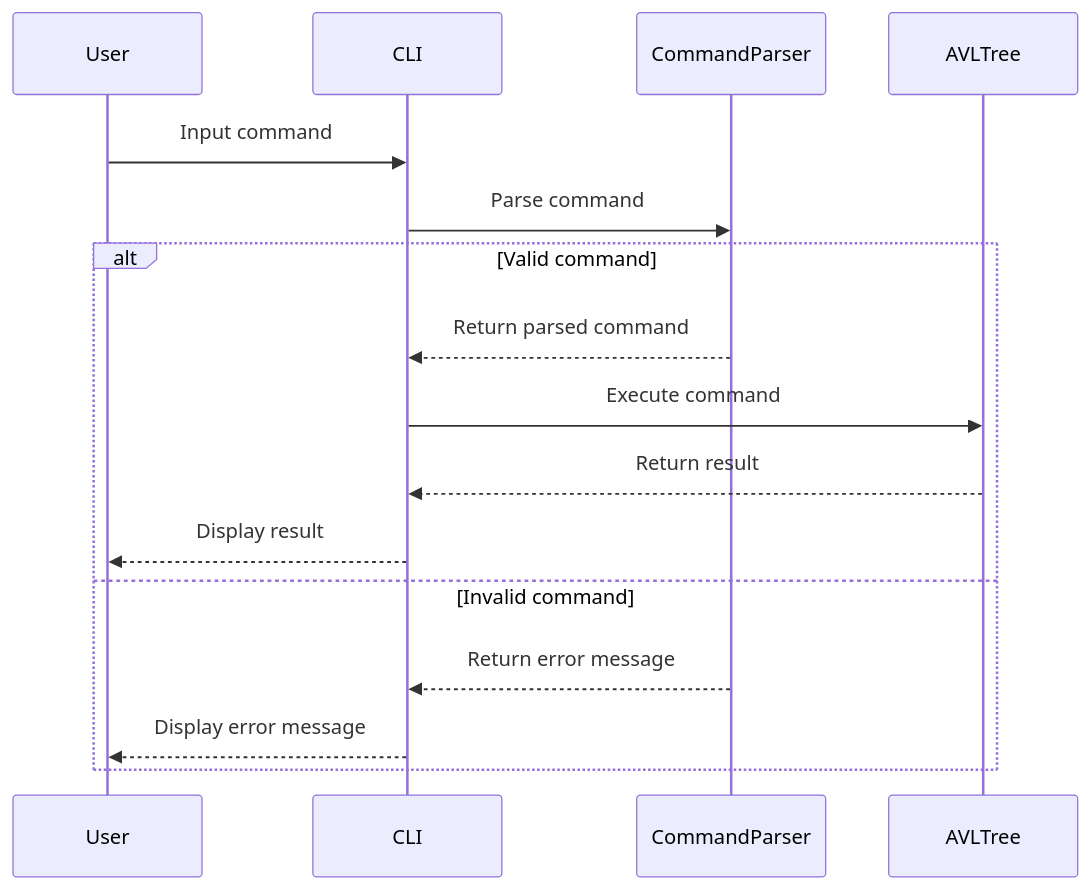
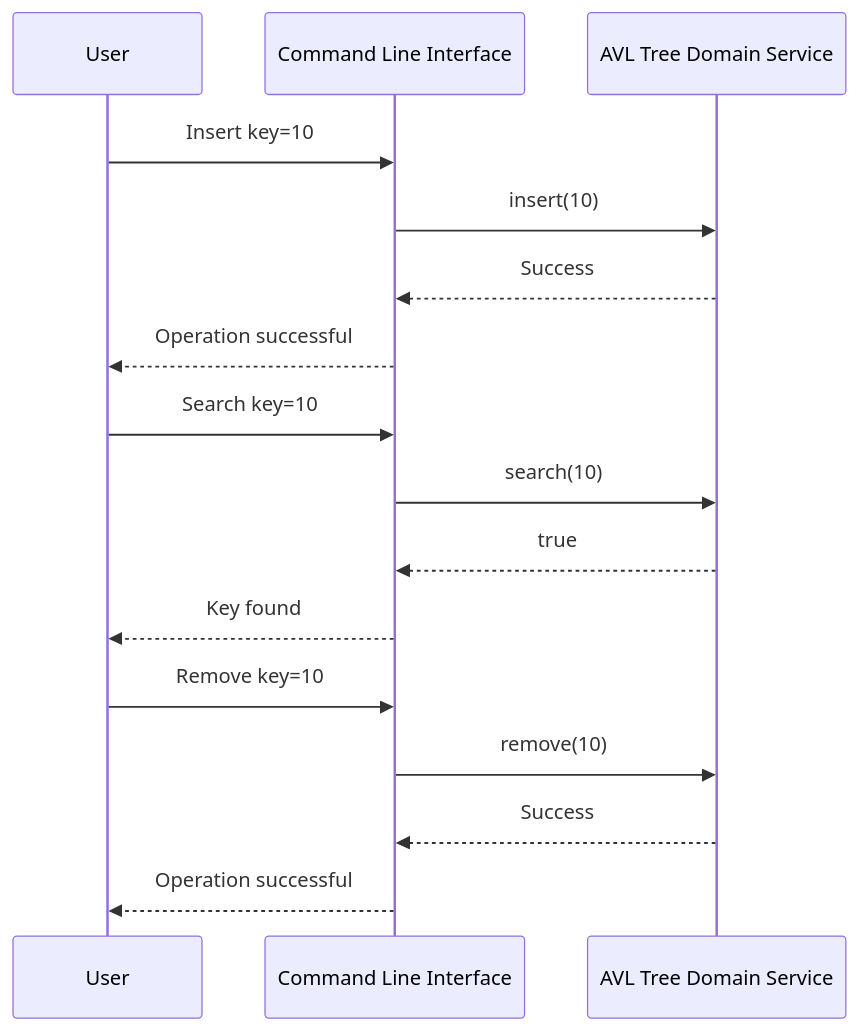
Before and after one commit to jahnaviyakkala/EvoForge: the diagram in reports/avl/Design.md, drawn with Mermaid. The commit also changed other lines of this file and 24 other files, not shown here.

````diff
--- a/reports/avl/Design.md
+++ b/reports/avl/Design.md
@@ -117,19 +202,21 @@
 ```mermaid
 sequenceDiagram
     participant User
-    participant CLI
-    participant CommandParser
-    participant AVLTree
+    participant CLI as Command Line Interface
+    participant AVLTree as AVL Tree Domain Service
 
-    User->>CLI: Input command
-    CLI->>CommandParser: Parse command
-    alt Valid command
-        CommandParser-->>CLI: Return parsed command
-        CLI->>AVLTree: Execute command
-        AVLTree-->>CLI: Return result
-        CLI-->>User: Display result
-    else Invalid command
-        CommandParser-->>CLI: Return error message
-        CLI-->>User: Display error message
-    end
+    User->>CLI: Insert key=10
+    CLI->>AVLTree: insert(10)
+    AVLTree-->>CLI: Success
+    CLI-->>User: Operation successful
+
+    User->>CLI: Search key=10
+    CLI->>AVLTree: search(10)
+    AVLTree-->>CLI: true
+    CLI-->>User: Key found
+
+    User->>CLI: Remove key=10
+    CLI->>AVLTree: remove(10)
+    AVLTree-->>CLI: Success
+    CLI-->>User: Operation successful
 ```
````
